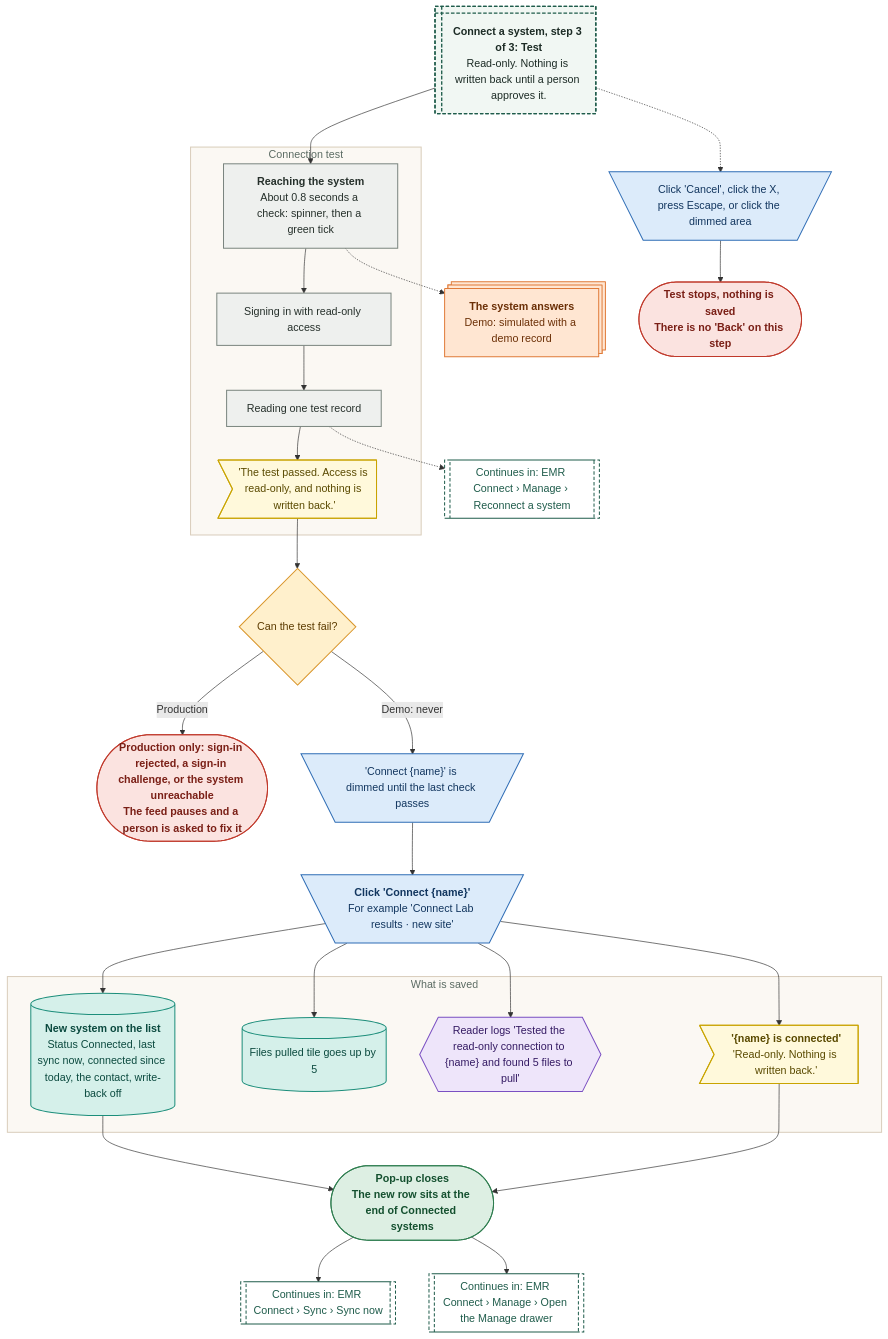
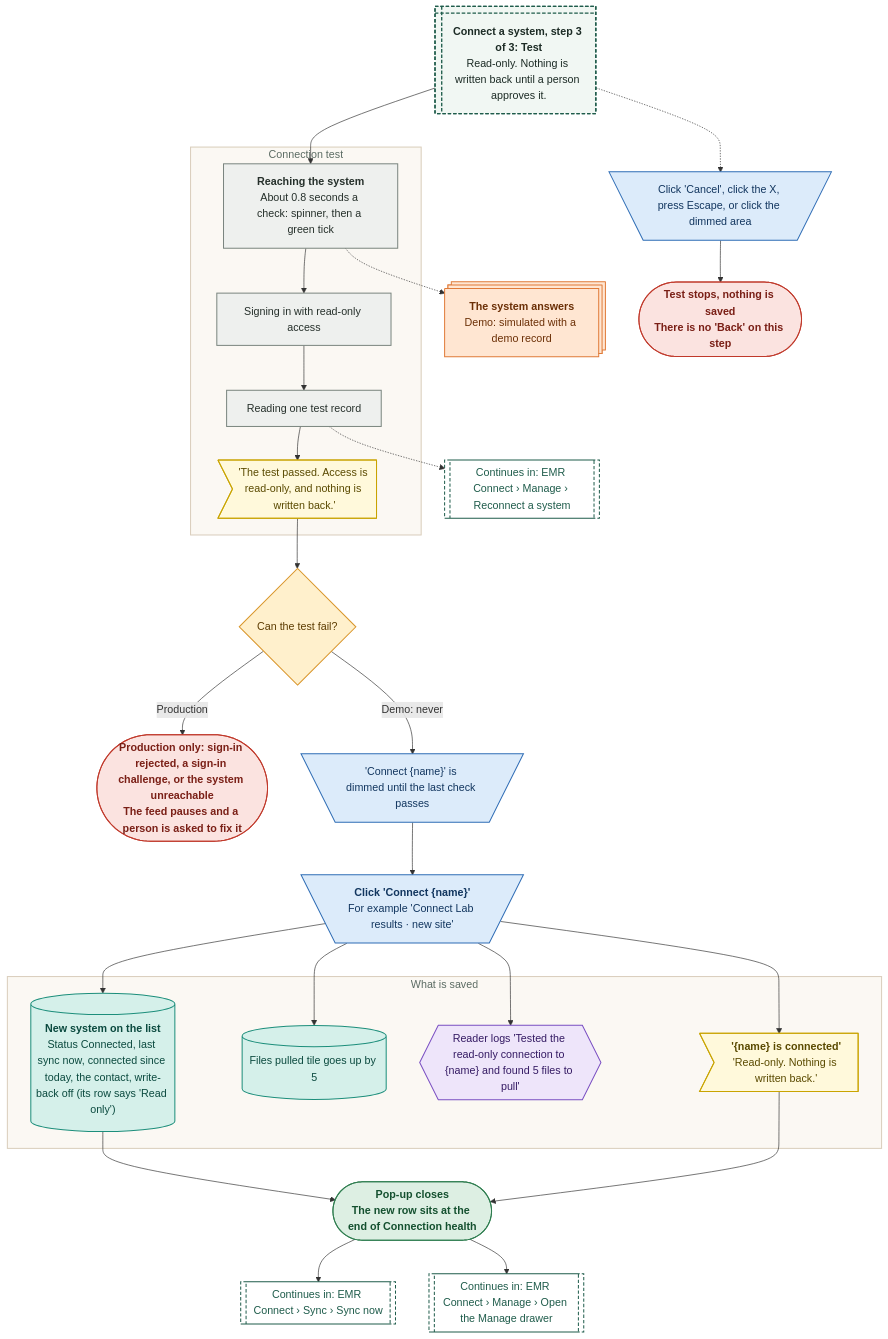
Before and after one commit to Shrav143/psyfloapp: the eighth of 20 diagrams in demos/prior-auth-demo/workflows/out/md/09-emr-connect.md, drawn with Mermaid. The commit also changed other lines of this file and 192 other files, not shown here.

First line of the commit message:
docs: changelog by sidebar tab; README, diagrams and Settings layout aligned with the refinement; shared InfoTip; referral cost-share line

````diff
--- a/demos/prior-auth-demo/workflows/out/md/09-emr-connect.md
+++ b/demos/prior-auth-demo/workflows/out/md/09-emr-connect.md
@@ -421,68 +566,68 @@
 ```mermaid
 %%{init: {"theme":"base","themeVariables":{"fontFamily":"'DM Sans', 'Segoe UI', system-ui, sans-serif","fontSize":"15px","lineColor":"#5B6B63","primaryTextColor":"#1C2B25","clusterBkg":"#FBF8F3","clusterBorder":"#D9CDBB","edgeLabelBackground":"#FFFFFF"},"flowchart":{"curve":"basis","nodeSpacing":36,"rankSpacing":48,"padding":12,"htmlLabels":true,"useMaxWidth":false,"wrappingWidth":230}} }%%
 flowchart TD
   classDef k_start fill:#1F5C4B,stroke:#174638,color:#FFFFFF,stroke-width:1.5px,font-weight:600
   classDef k_end fill:#DDEFE3,stroke:#2E7D4F,color:#14502F,stroke-width:1.5px,font-weight:600
   classDef k_endx fill:#FBE3E0,stroke:#C0392B,color:#7A1F16,stroke-width:1.5px,font-weight:600
   classDef k_screen fill:#FFFDF8,stroke:#1F5C4B,color:#1C2B25,stroke-width:2px
   classDef k_overlay fill:#F1F7F3,stroke:#1F5C4B,color:#1C2B25,stroke-width:2px,stroke-dasharray:5 3
   classDef k_click fill:#DCEBFA,stroke:#2F6DB5,color:#12365F,stroke-width:1.5px
   classDef k_input fill:#E4E7FF,stroke:#4C5FD5,color:#1D2670,stroke-width:1.5px
   classDef k_process fill:#EEF0EE,stroke:#7A857F,color:#26302B,stroke-width:1.5px
   classDef k_agent fill:#EEE5FA,stroke:#7A4FC2,color:#341A63,stroke-width:1.5px
   classDef k_decision fill:#FFF0CC,stroke:#D9962B,color:#5C3B00,stroke-width:1.5px
   classDef k_store fill:#D5F0EA,stroke:#1C8E7B,color:#0B4A3F,stroke-width:1.5px
   classDef k_doc fill:#F6E9DC,stroke:#B07A4C,color:#4A2E14,stroke-width:1.5px
   classDef k_ext fill:#FFE6D2,stroke:#E07B39,color:#6B2F06,stroke-width:1.5px
   classDef k_wait fill:#E4E8EE,stroke:#6B7C93,color:#26303D,stroke-width:1.5px
   classDef k_toast fill:#FFF9DB,stroke:#C9A400,color:#5A4A00,stroke-width:1.5px
   classDef k_goto fill:#FFFFFF,stroke:#1F5C4B,color:#1F5C4B,stroke-width:1.5px,stroke-dasharray:5 3
   o1@{ shape: win-pane, label: "<b>Connect a system, step 3 of 3: Test</b><br/>Read-only. Nothing is written back until a person approves it." }
   subgraph gTest ["Connection test"]
   k1@{ shape: rect, label: "<b>Reaching the system</b><br/>About 0.8 seconds a check: spinner, then a green tick" }
   k2@{ shape: rect, label: "Signing in with read-only access" }
   k3@{ shape: rect, label: "Reading one test record" }
   t1@{ shape: odd, label: "'The test passed. Access is read-only, and nothing is written back.'" }
   end
   x1@{ shape: st-rect, label: "<b>The system answers</b><br/>Demo: simulated with a demo record" }
   q1@{ shape: diam, label: "Can the test fail?" }
   f1@{ shape: stadium, label: "<b>Production only: sign-in rejected, a sign-in challenge, or the system unreachable</b><br/>The feed pauses and a person is asked to fix it" }
   b0@{ shape: trap-t, label: "'Connect {name}' is dimmed until the last check passes" }
   b1@{ shape: trap-t, label: "<b>Click 'Connect {name}'</b><br/>For example 'Connect Lab results · new site'" }
   subgraph gSave ["What is saved"]
-  s1@{ shape: cyl, label: "<b>New system on the list</b><br/>Status Connected, last sync now, connected since today, the contact, write-back off" }
+  s1@{ shape: cyl, label: "<b>New system on the list</b><br/>Status Connected, last sync now, connected since today, the contact, write-back off (its row says 'Read only')" }
   s2@{ shape: cyl, label: "Files pulled tile goes up by 5" }
   a1@{ shape: hex, label: "Reader logs 'Tested the read-only connection to {name} and found 5 files to pull'" }
   t2@{ shape: odd, label: "<b>'{name} is connected'</b><br/>'Read-only. Nothing is written back.'" }
   end
-  e1@{ shape: stadium, label: "<b>Pop-up closes</b><br/>The new row sits at the end of Connected systems" }
+  e1@{ shape: stadium, label: "<b>Pop-up closes</b><br/>The new row sits at the end of Connection health" }
   cx@{ shape: trap-t, label: "Click 'Cancel', click the X, press Escape, or click the dimmed area" }
   e2@{ shape: stadium, label: "<b>Test stops, nothing is saved</b><br/>There is no 'Back' on this step" }
   g1@{ shape: subproc, label: "Continues in: EMR Connect › Sync › Sync now" }
   g2@{ shape: subproc, label: "Continues in: EMR Connect › Manage › Open the Manage drawer" }
   g3@{ shape: subproc, label: "Continues in: EMR Connect › Manage › Reconnect a system" }
   o1 --> k1 --> k2 --> k3 --> t1
   k1 -.-> x1
   k3 -.-> g3
   t1 --> q1
   q1 -->|"Demo: never"| b0 --> b1
   q1 -->|"Production"| f1
   b1 --> s1 & s2 & a1 & t2
   s1 --> e1
   t2 --> e1
   e1 --> g1 & g2
   o1 -.-> cx --> e2
   class o1 k_overlay
   class k1,k2,k3 k_process
   class t1,t2 k_toast
   class x1 k_ext
   class q1 k_decision
   class f1,e2 k_endx
   class b0,b1,cx k_click
   class s1,s2 k_store
   class a1 k_agent
   class e1 k_end
   class g1,g2,g3 k_goto
   style gTest fill:#FBF8F3,stroke:#D9CDBB,stroke-width:1.5px,color:#5B6B63
   style gSave fill:#FBF8F3,stroke:#D9CDBB,stroke-width:1.5px,color:#5B6B63
 ```
````
